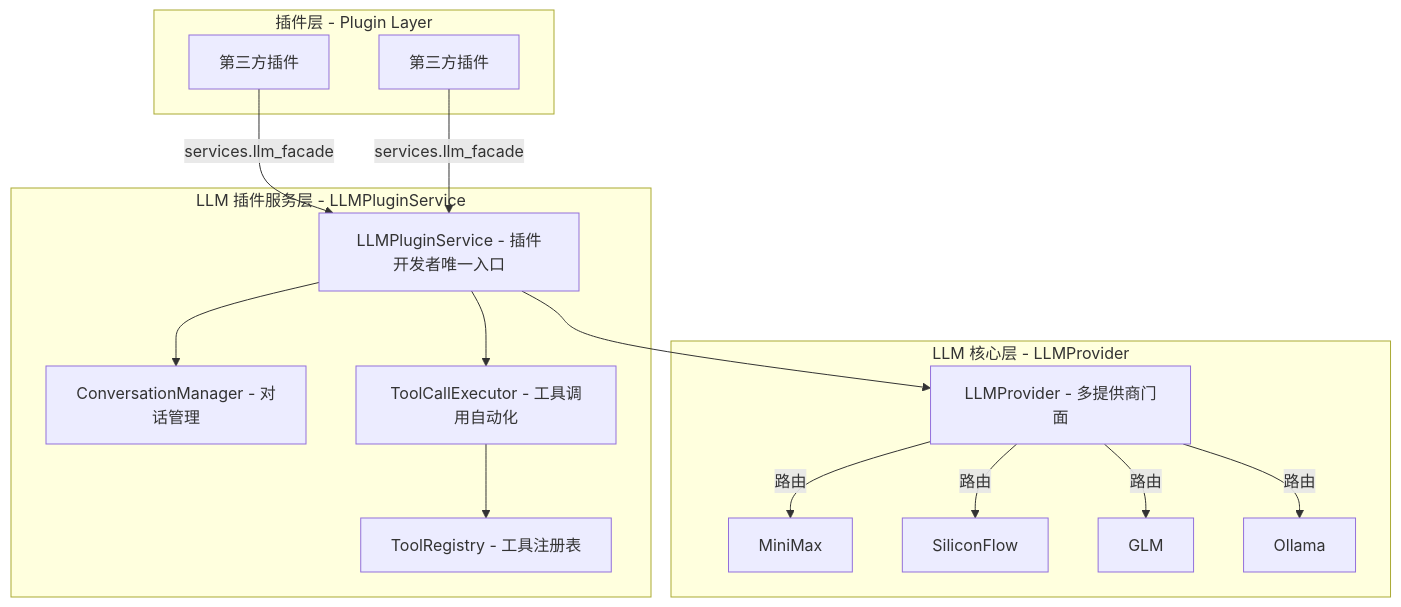
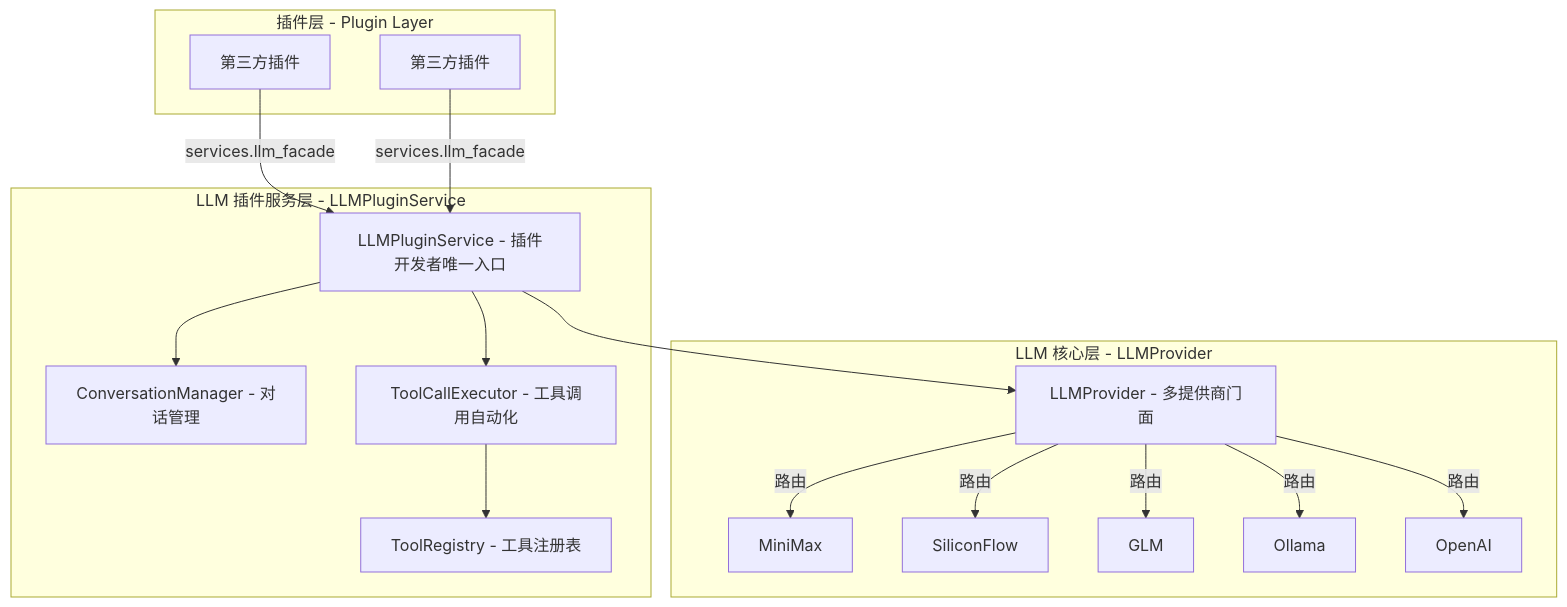
The first of 4 diagrams in docs/plugins/llm-integration-guide.md (KKPIP-Tech/InstructionX), drawn with Mermaid before and after one commit. The commit also changed other lines of this file and 24 other files, not shown here.

````diff
--- a/docs/plugins/llm-integration-guide.md
+++ b/docs/plugins/llm-integration-guide.md
@@ -10,28 +10,29 @@
 ```mermaid
 graph TB
     subgraph PluginLayer [插件层 - Plugin Layer]
         P1[第三方插件]
         P2[第三方插件]
     end
 
     subgraph PluginServiceLayer [LLM 插件服务层 - LLMPluginService]
         LPS[LLMPluginService - 插件开发者唯一入口]
         CM[ConversationManager - 对话管理]
         TCE[ToolCallExecutor - 工具调用自动化]
         TR[ToolRegistry - 工具注册表]
     end
 
     subgraph LLMCoreLayer [LLM 核心层 - LLMProvider]
         LP[LLMProvider - 多提供商门面]
         MiniMax[MiniMax]
         SiliconFlow[SiliconFlow]
         GLM[GLM]
         Ollama[Ollama]
+        OpenAI[OpenAI]
     end
 
     P1 & P2 -->|services.llm_facade| LPS
     LPS --> CM & TCE
     TCE --> TR
     LPS --> LP
-    LP -->|路由| MiniMax & SiliconFlow & GLM & Ollama
+    LP -->|路由| MiniMax & SiliconFlow & GLM & Ollama & OpenAI
 ```
````
